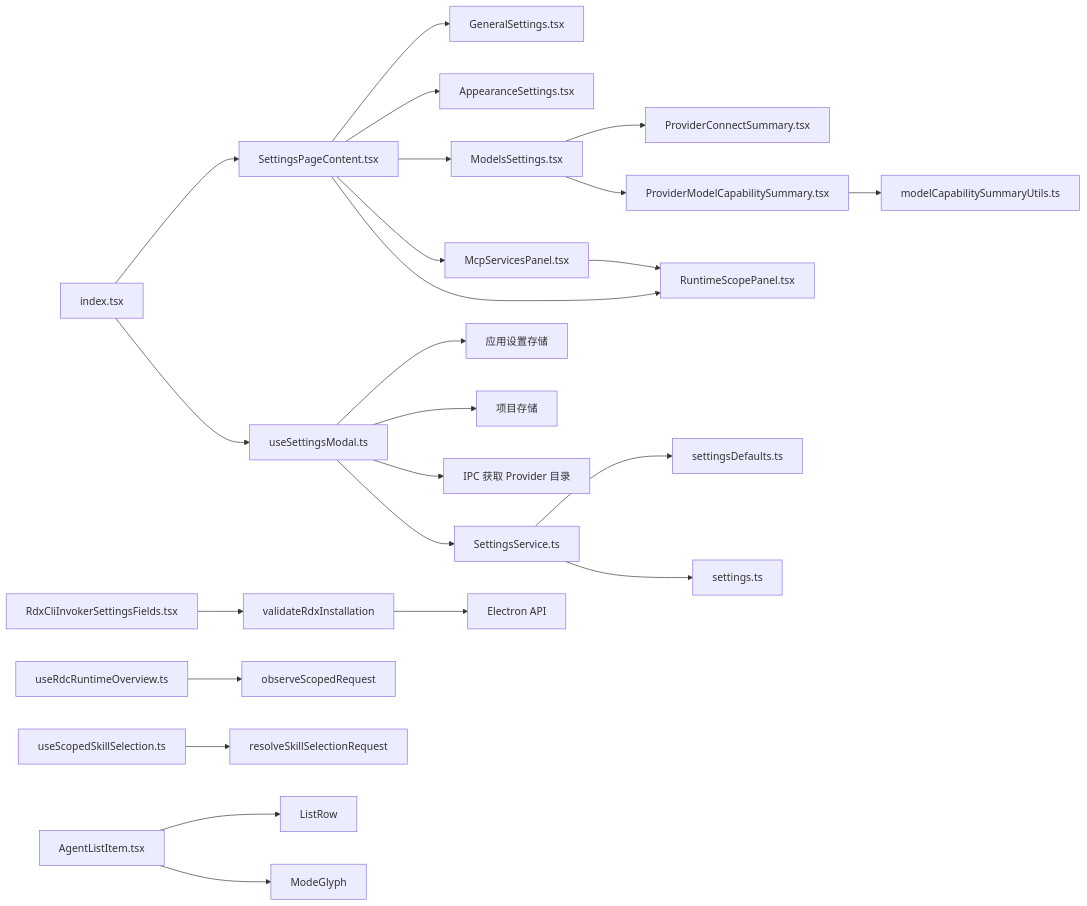
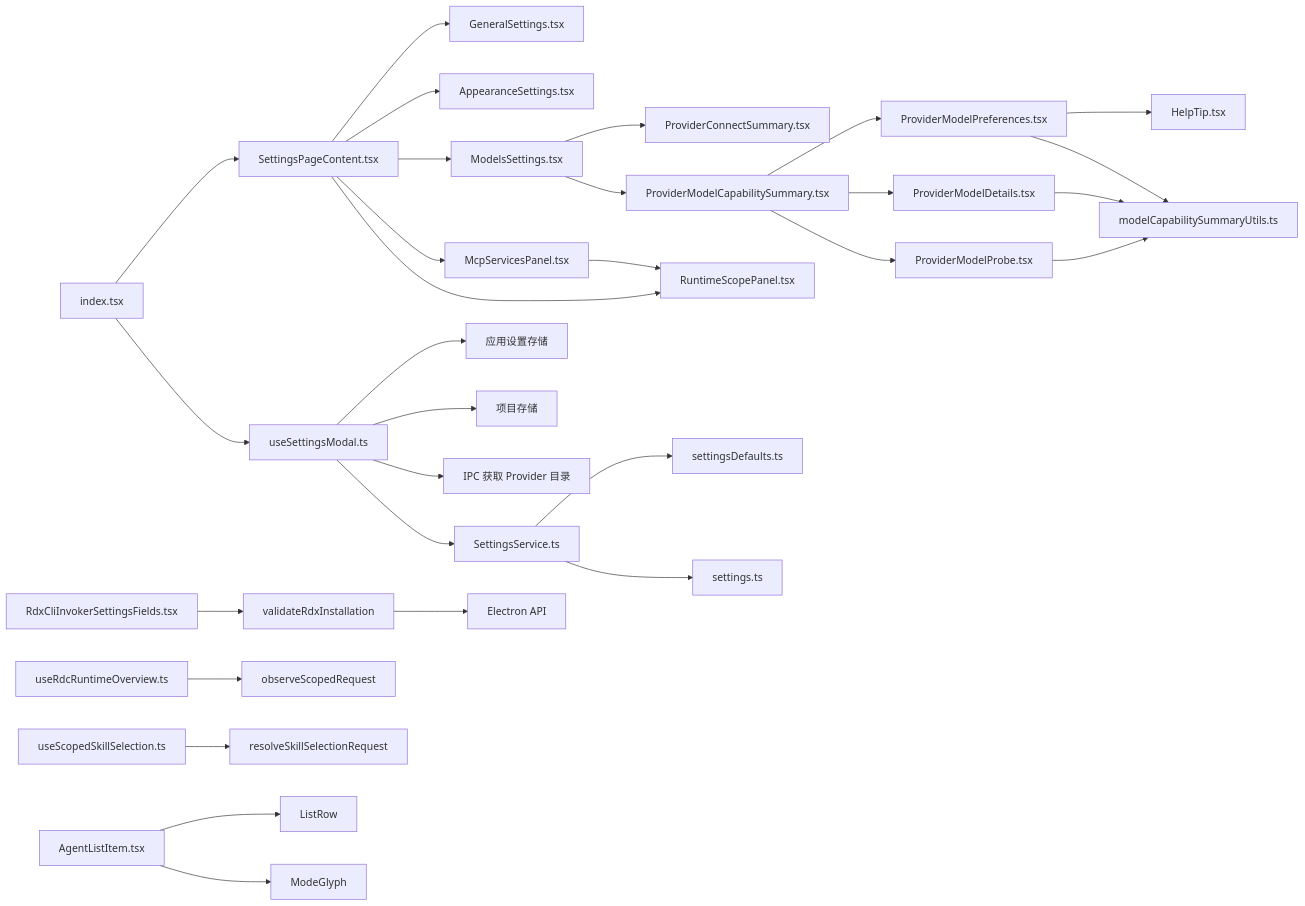
The fourth of 4 diagrams in .qoder/repowiki/zh/content/用户界面/设置面板/设置面板.md (haolange/RDC-Agent), drawn with Mermaid before and after one commit. The commit also changed other lines of this file and 71 other files, not shown here.

````diff
--- a/.qoder/repowiki/zh/content/用户界面/设置面板/设置面板.md
+++ b/.qoder/repowiki/zh/content/用户界面/设置面板/设置面板.md
@@ -464,26 +536,32 @@
 ```mermaid
 graph LR
 IM["index.tsx"] --> SP["SettingsPageContent.tsx"]
 SP --> GS["GeneralSettings.tsx"]
 SP --> AS["AppearanceSettings.tsx"]
 SP --> MS["ModelsSettings.tsx"]
 SP --> MSP["McpServicesPanel.tsx"]
 SP --> RSP["RuntimeScopePanel.tsx"]
 MSP --> RSP
 MS --> PCS["ProviderConnectSummary.tsx"]
 MS --> PMCS["ProviderModelCapabilitySummary.tsx"]
-PMCS --> MCUT["modelCapabilitySummaryUtils.ts"]
+PMCS --> PMP["ProviderModelPreferences.tsx"]
+PMCS --> PMD["ProviderModelDetails.tsx"]
+PMCS --> PMPB["ProviderModelProbe.tsx"]
+PMP --> HT["HelpTip.tsx"]
+PMP --> MCUT["modelCapabilitySummaryUtils.ts"]
+PMD --> MCUT
+PMPB --> MCUT
 IM --> USM["useSettingsModal.ts"]
 USM --> ST["应用设置存储"]
 USM --> PS["项目存储"]
 USM --> IPC["IPC 获取 Provider 目录"]
 USM --> SS["SettingsService.ts"]
 SS --> SD["settingsDefaults.ts"]
 SS --> STY["settings.ts"]
 RSF["RdxCliInvokerSettingsFields.tsx"] --> VI["validateRdxInstallation"]
 VI --> EA["Electron API"]
 URO["useRdcRuntimeOverview.ts"] --> RSO["observeScopedRequest"]
 USS["useScopedSkillSelection.ts"] --> RSS["resolveSkillSelectionRequest"]
 AL["AgentListItem.tsx"] --> LR["ListRow"]
 AL --> MG["ModeGlyph"]
 ```
````
